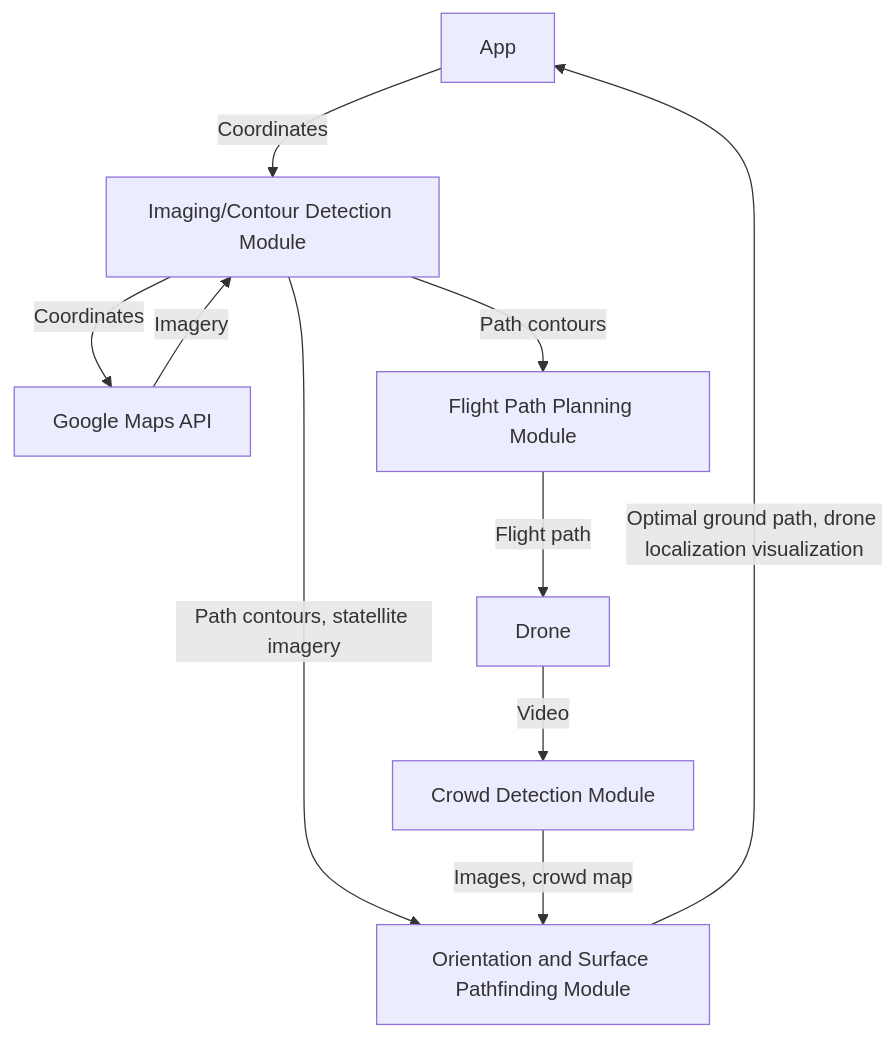
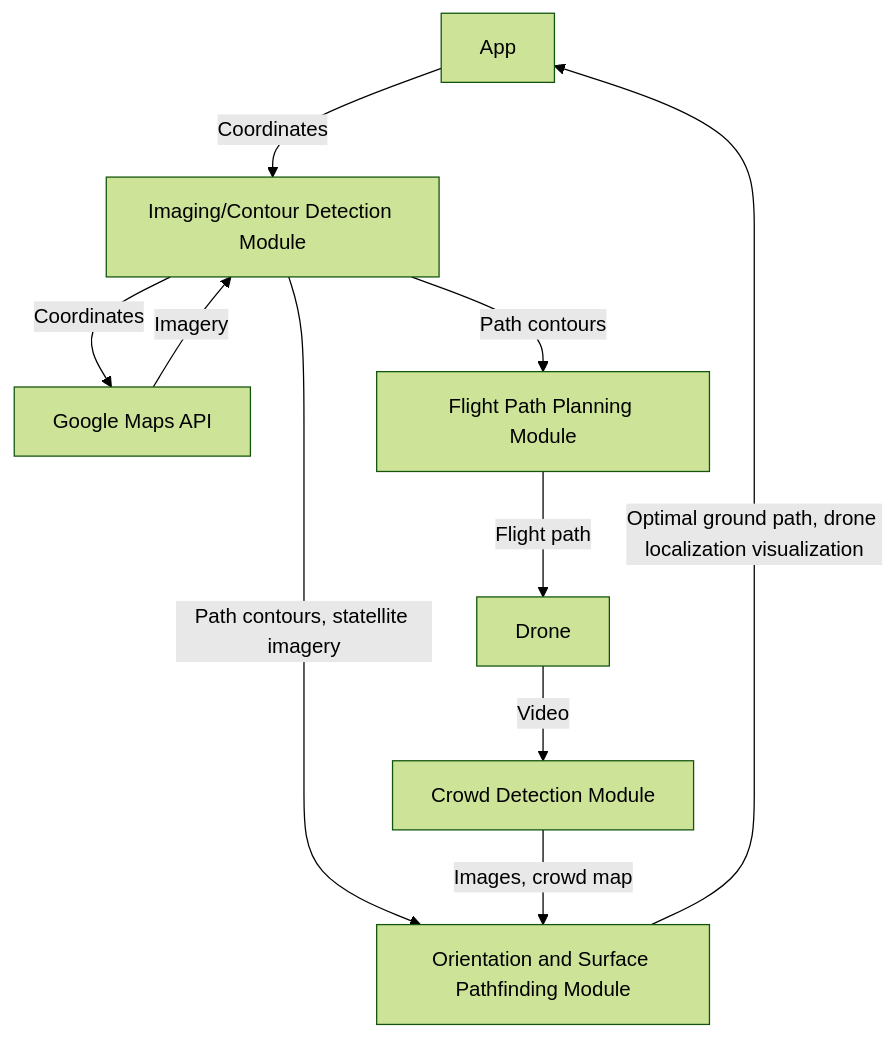
The diagram in README.md (maximuskiii/TartanHacks2024), drawn with Mermaid before and after one commit.

Commit message:
testing themes

````diff
--- a/README.md
+++ b/README.md
@@ -3,12 +3,13 @@
 ```mermaid
+%%{init: {'theme':'forest'}}%%
 flowchart TB
     A[App] -->|Coordinates| B[Imaging/Contour Detection Module];
     B -->|Coordinates| C[Google Maps API];
     C -->|Imagery| B
     B -->|Path contours| D[Flight Path Planning Module]
     B -->|Path contours, statellite imagery| E[Orientation and Surface Pathfinding Module]
     D -->|Flight path| F[Drone]
     F -->|Video| G[Crowd Detection Module]
     G -->|Images, crowd map| E
     E -->|Optimal ground path, drone localization visualization| A
 ```
````
